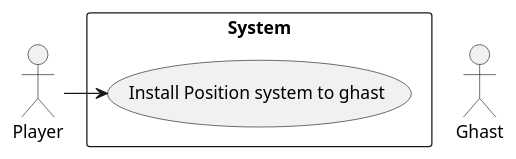
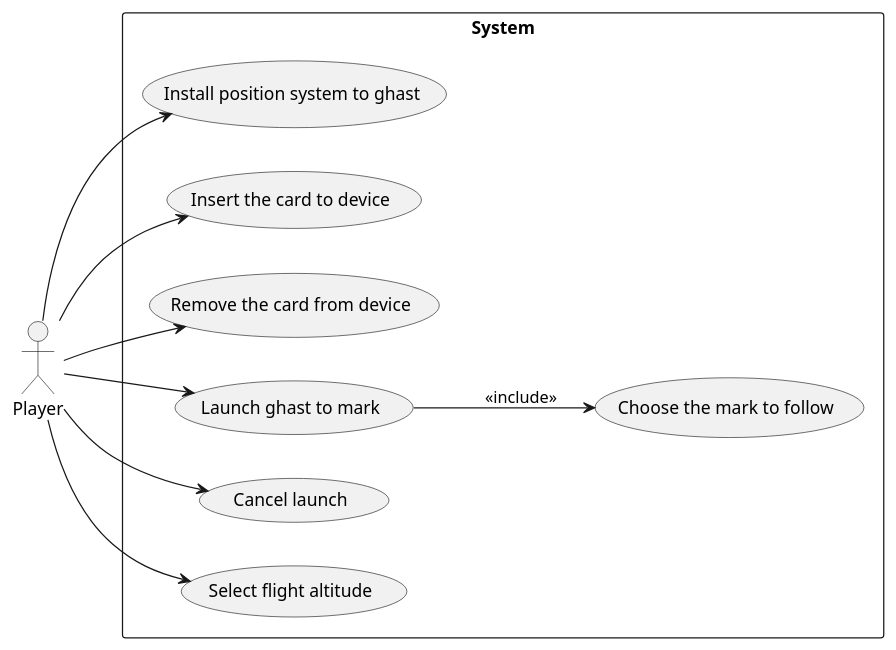
Before and after one commit to lordisfet/GhastPS: the diagram in UCD.puml, drawn with PlantUML.

Commit message:
Add Use Case Diagram

```diff
--- a/UCD.puml
+++ b/UCD.puml
@@ -1,12 +1,25 @@
 @startuml
+left to right direction
 
 actor Player as player
-actor Ghast
 
-rectangle  System {
-usecase "Install Position system to ghast" as install
+rectangle System {
+  usecase "Install position system to ghast" as install
+  usecase "Insert the card to device" as mapInsert
+  usecase "Remove the card from device" as mapRemove
+  usecase "Choose the mark to follow" as markSelect
+  usecase "Launch ghast to mark" as launch
+  usecase "Cancel launch" as cancel
+  usecase "Select flight altitude" as altitudeSelect
 }
 
-player -> install
+player --> install
+player --> mapInsert
+player --> mapRemove
+player --> altitudeSelect
+player --> launch
+player --> cancel
+
+launch --> markSelect : <<include>>
 
 @enduml
```
